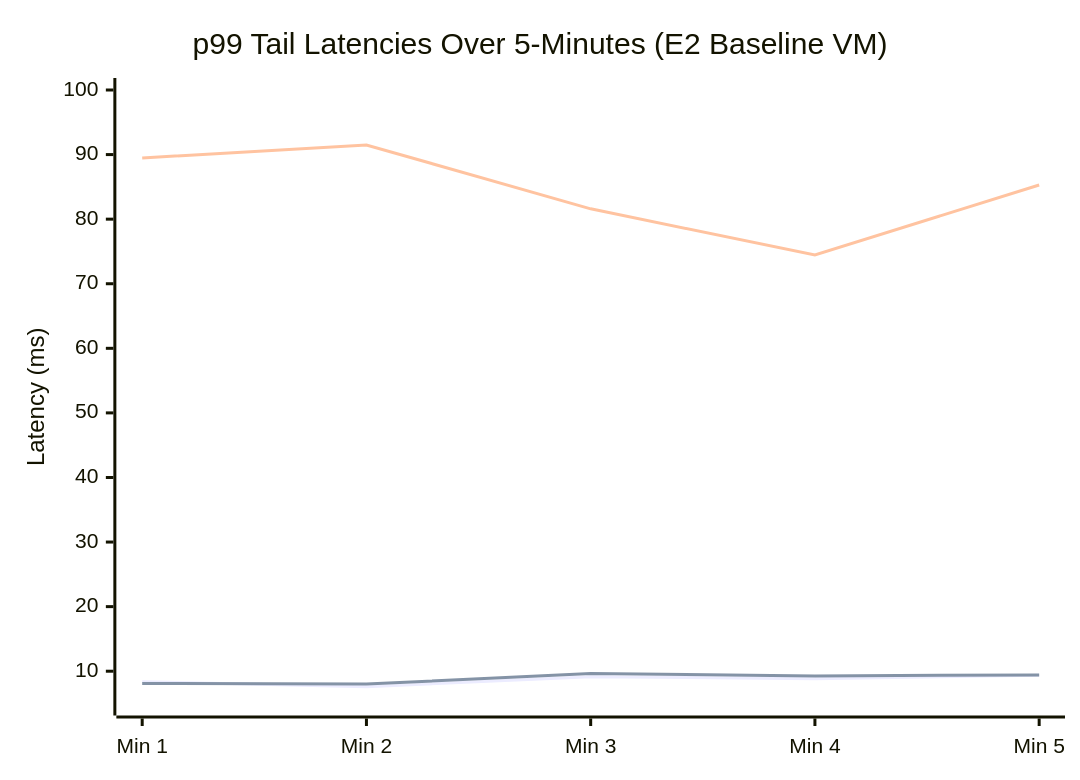
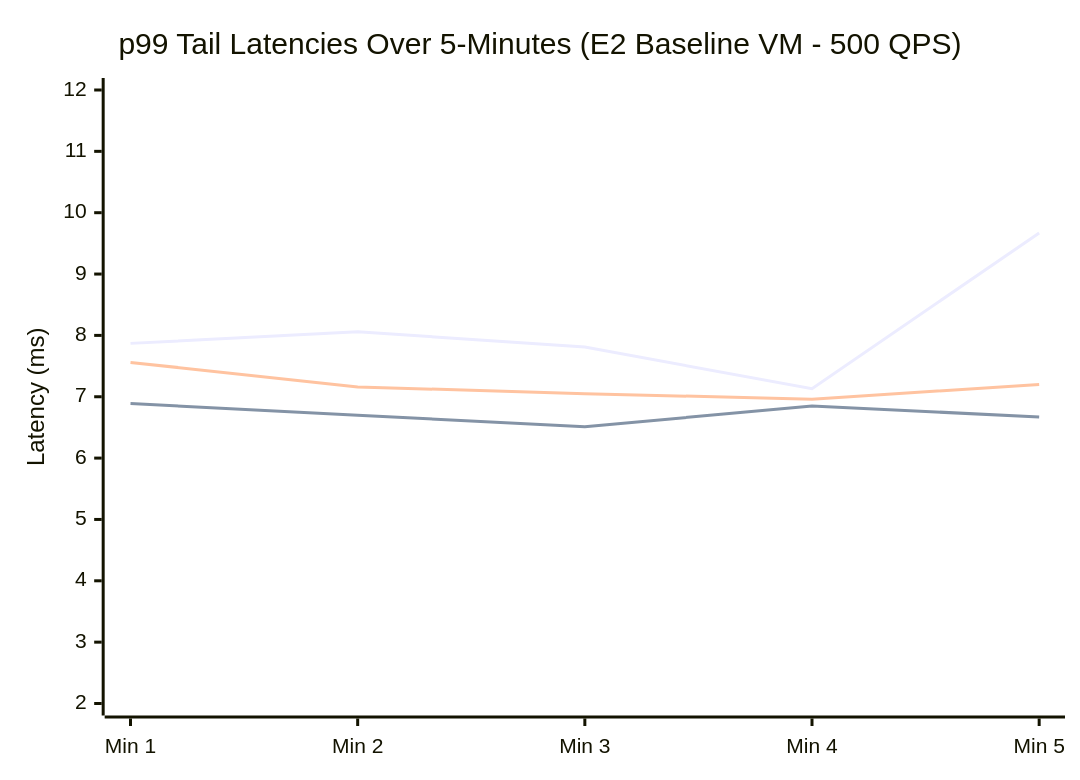
Before and after one commit to justinuang/google-cloud-ruby: the first of 2 diagrams in google-cloud-bigtable/YCSB_BENCHMARK_STATUS.md, drawn with Mermaid. The commit also changed other lines of this file and 1 other file, not shown here.

Commit message:
Phase 7 500QPS

````diff
--- a/google-cloud-bigtable/YCSB_BENCHMARK_STATUS.md
+++ b/google-cloud-bigtable/YCSB_BENCHMARK_STATUS.md
@@ -168,9 +166,9 @@
 ```mermaid
 xychart-beta
-    title "p99 Tail Latencies Over 5-Minutes (E2 Baseline VM)"
+    title "p99 Tail Latencies Over 5-Minutes (E2 Baseline VM - 500 QPS)"
     x-axis ["Min 1", "Min 2", "Min 3", "Min 4", "Min 5"]
-    y-axis "Latency (ms)" 5 --> 100
-    line [8.38, 7.60, 9.16, 8.82, 9.39]
-    line [8.11, 8.01, 9.64, 9.27, 9.43]
-    line [89.47, 91.49, 81.60, 74.45, 85.29]
+    y-axis "Latency (ms)" 2 --> 12
+    line [7.87, 8.06, 7.81, 7.13, 9.67]
+    line [6.89, 6.70, 6.51, 6.85, 6.67]
+    line [7.56, 7.16, 7.05, 6.96, 7.20]
 ```
````
